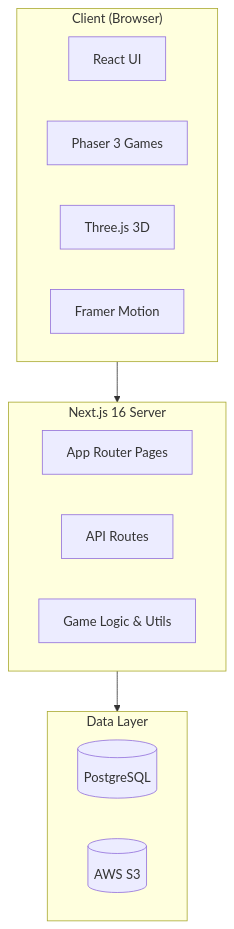
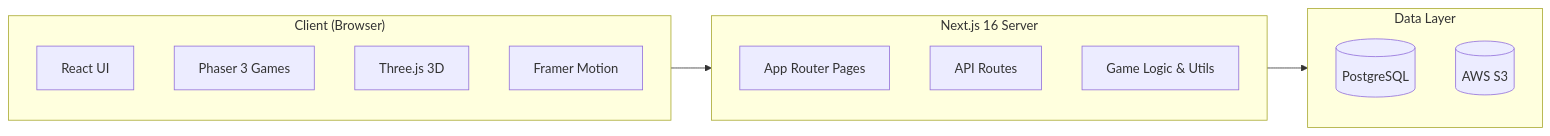
One commit to ajitonelsonn/Junie_Arcade changed the diagram in README.md. Above: the diagram before and after it, drawn with Mermaid. The commit also changed other lines of this file and 1 other file, not shown here.

````diff
--- a/README.md
+++ b/README.md
@@ -78,23 +78,23 @@
 ```mermaid
-flowchart TB
+flowchart LR
     subgraph Client["Client (Browser)"]
         UI[React UI]
         Phaser[Phaser 3 Games]
         ThreeJS[Three.js 3D]
         FM[Framer Motion]
     end
 
     subgraph Server["Next.js 16 Server"]
         Pages[App Router Pages]
         API[API Routes]
         Lib[Game Logic & Utils]
     end
 
     subgraph Data["Data Layer"]
         DB[(PostgreSQL)]
         S3[(AWS S3)]
     end
 
     Client --> Server
     Server --> Data
 ```
````
